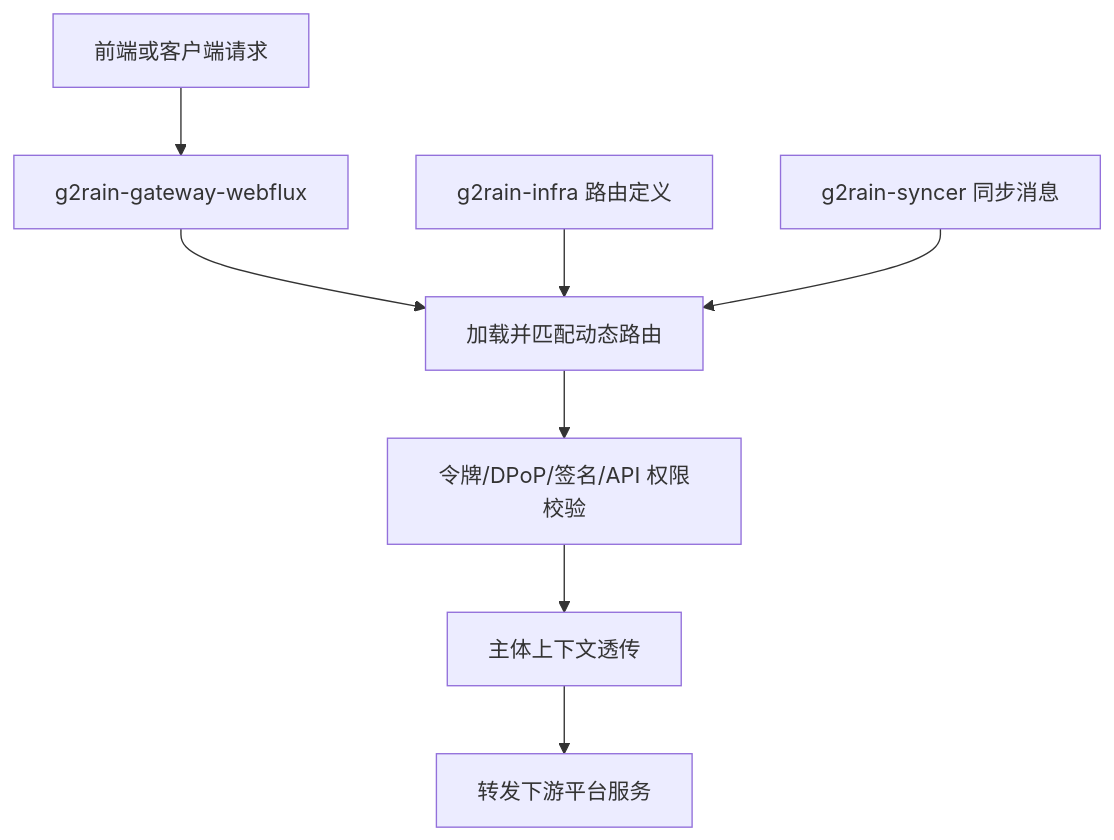
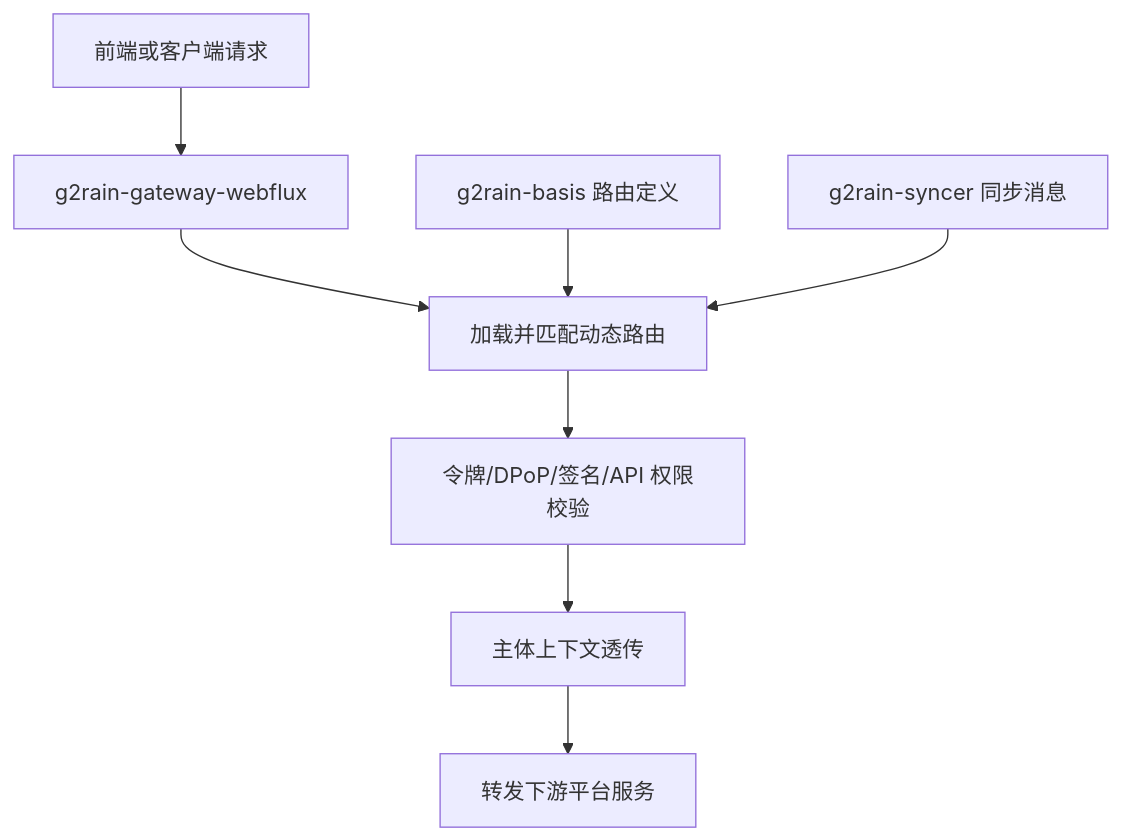
The diagram in README.md (g2rain/g2rain-gateway-webflux), drawn with Mermaid before and after one commit. The commit also changed other lines of this file and 26 other files, not shown here.

````diff
--- a/README.md
+++ b/README.md
@@ -102,10 +113,10 @@
 ```mermaid
 flowchart TD
   A[前端或客户端请求] --> B[g2rain-gateway-webflux]
   B --> C[加载并匹配动态路由]
   C --> D[令牌/DPoP/签名/API 权限校验]
   D --> E[主体上下文透传]
   E --> F[转发下游平台服务]
-  G[g2rain-infra 路由定义] --> C
+  G[g2rain-basis 路由定义] --> C
   H[g2rain-syncer 同步消息] --> C
 ```
````
